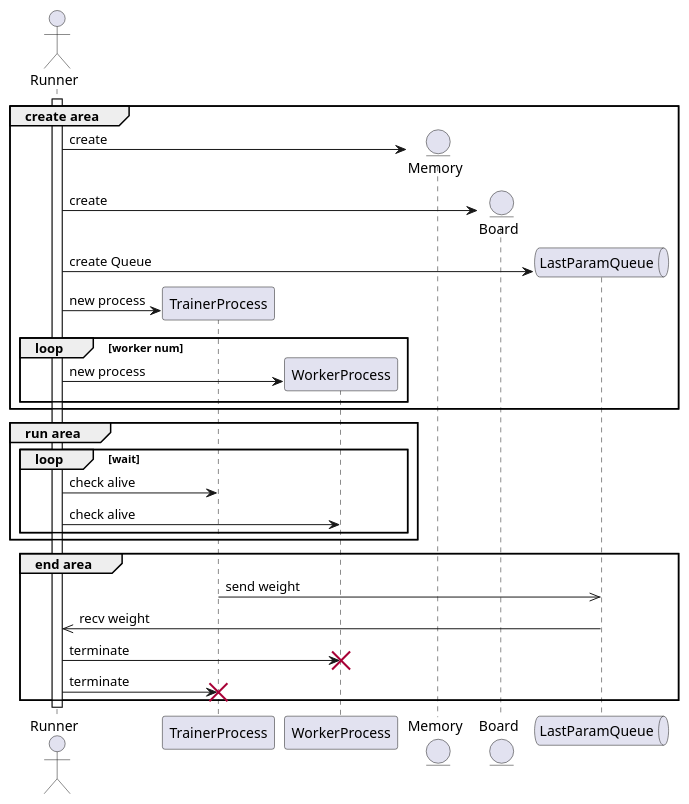
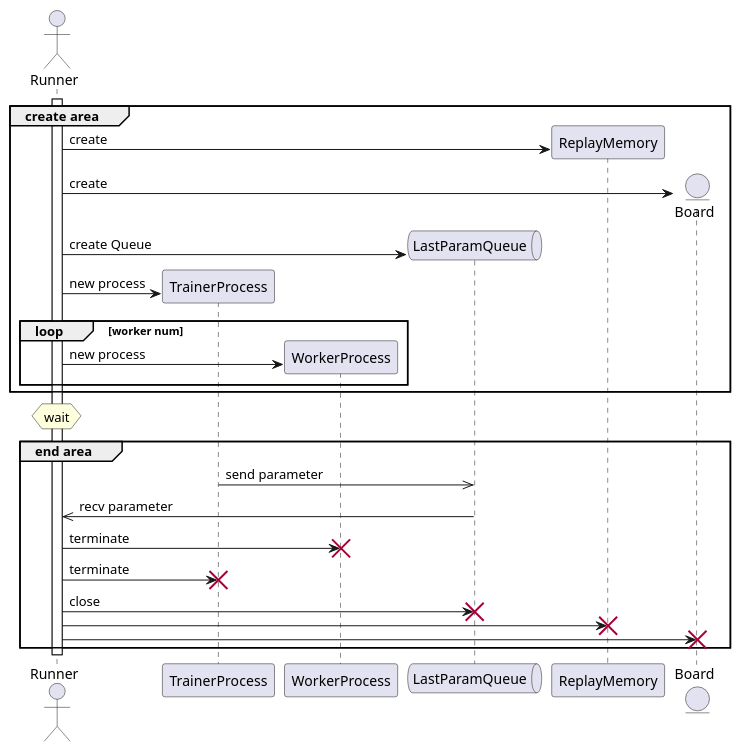
The diagram in diagrams/runner_mp_flow.pu (pocokhc/simple_distributed_rl), drawn with PlantUML before and after one commit. The commit also changed 47 other files, not shown here.

```diff
--- a/diagrams/runner_mp_flow.pu
+++ b/diagrams/runner_mp_flow.pu
@@ -1,48 +1,43 @@
 @startuml
 actor Runner
 participant TrainerProcess
 participant WorkerProcess
-entity Memory
+queue LastParamQueue
+participant ReplayMemory
 entity Board
-queue LastParamQueue
 
-note right
-TrainerToBoardQueue
-MemoryQueue
-BoardToWorkerQueue
-end note
+
 
 activate Runner
 
 group create area
-    Runner -> Memory ** : create
+    Runner -> ReplayMemory ** : create
     Runner -> Board ** : create
     Runner -> LastParamQueue ** : create Queue
+
     Runner -> TrainerProcess ** : new process
     loop worker num
         Runner -> WorkerProcess ** : new process
     end
 end
 
-group run area
-    loop wait
 
-        Runner -> TrainerProcess: check alive
-        Runner -> WorkerProcess: check alive
+hnote over Runner : wait
 
-    end
-end
 
 group end area
 
-    TrainerProcess ->> LastParamQueue: send weight
-    LastParamQueue ->> Runner: recv weight
+    TrainerProcess ->> LastParamQueue: send parameter
+    LastParamQueue ->> Runner: recv parameter
 
     Runner -> WorkerProcess !! : terminate
     Runner -> TrainerProcess !! : terminate
+    Runner -> LastParamQueue !! : close
+    Runner -> ReplayMemory !!
+    Runner -> Board !!
 
 end
 
 deactivate Runner
 
 @enduml
```
